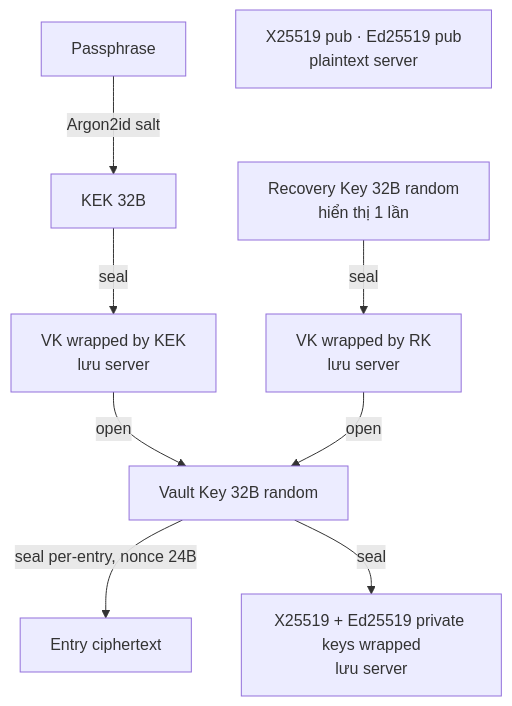
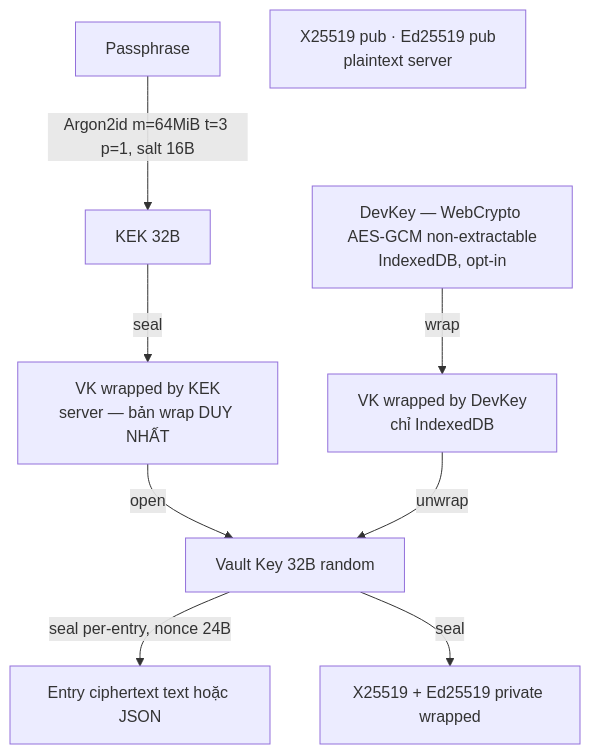
Before and after one commit to zone17th/engram: the fourth of 5 diagrams in docs/SPEC.md, drawn with Mermaid. The commit also changed other lines of this file and 1 other file, not shown here.

````diff
--- a/docs/SPEC.md
+++ b/docs/SPEC.md
@@ -386,12 +550,11 @@
 ```mermaid
 flowchart TD
-    P[Passphrase] -->|Argon2id salt| KEK[KEK 32B]
-    RK[Recovery Key 32B random<br/>hiển thị 1 lần] 
-    KEK -->|seal| WK[VK wrapped by KEK<br/>lưu server]
-    RK -->|seal| WR[VK wrapped by RK<br/>lưu server]
+    P[Passphrase] -->|Argon2id m=64MiB t=3 p=1, salt 16B| KEK[KEK 32B]
+    KEK -->|seal| WK[VK wrapped by KEK<br/>server — bản wrap DUY NHẤT]
     WK -->|open| VK[Vault Key 32B random]
-    WR -->|open| VK
-    VK -->|seal per-entry, nonce 24B| E1[Entry ciphertext]
-    VK -->|seal| WP[X25519 + Ed25519 private keys wrapped<br/>lưu server]
-    PUB[X25519 pub · Ed25519 pub<br/>plaintext server] 
+    VK -->|seal per-entry, nonce 24B| E1[Entry ciphertext text hoặc JSON]
+    VK -->|seal| WP[X25519 + Ed25519 private wrapped]
+    PUB[X25519 pub · Ed25519 pub<br/>plaintext server]
+    DK[DevKey — WebCrypto AES-GCM non-extractable<br/>IndexedDB, opt-in] -->|wrap| WD[VK wrapped by DevKey<br/>chỉ IndexedDB]
+    WD -->|unwrap| VK
 ```
````
